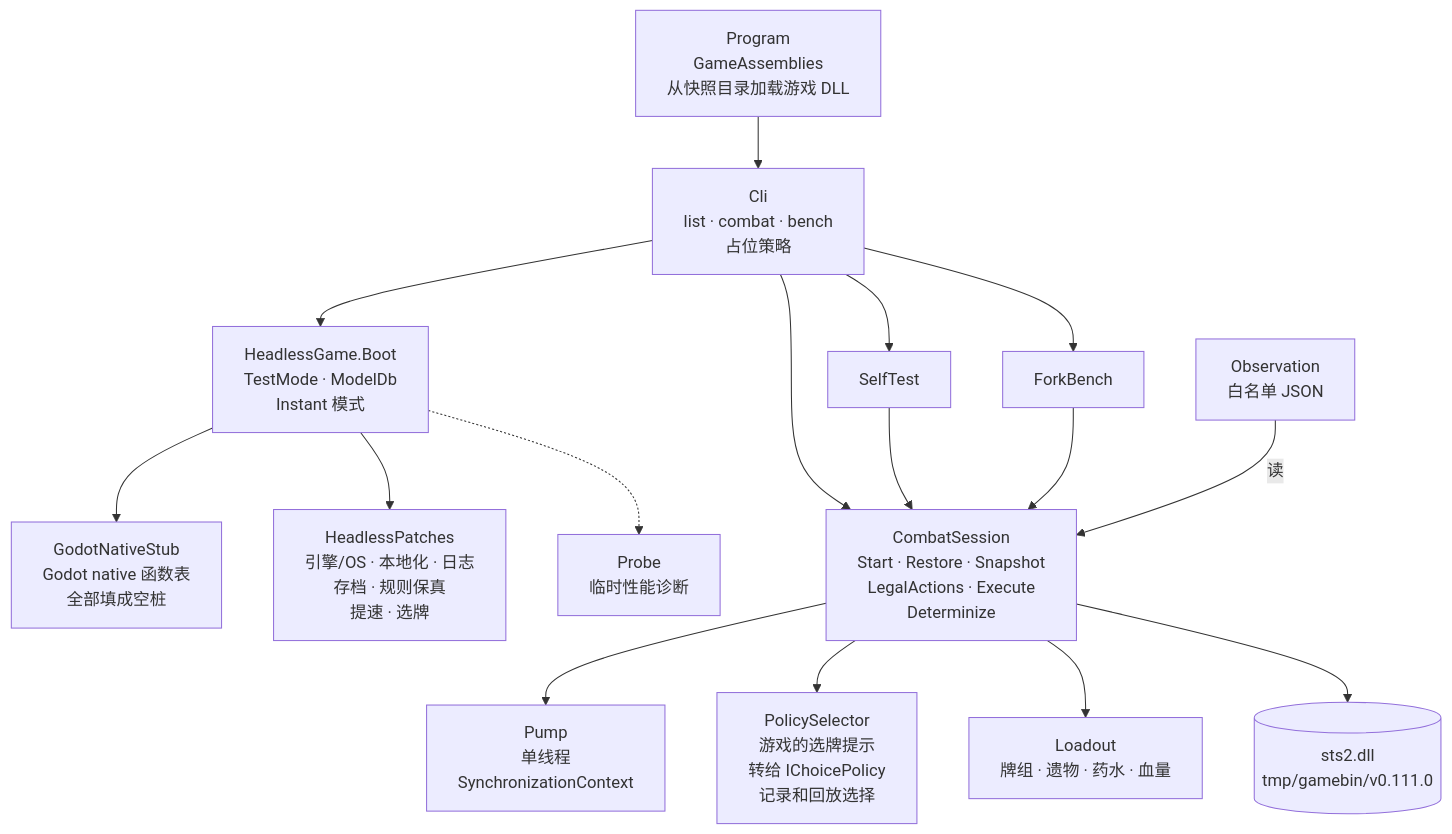
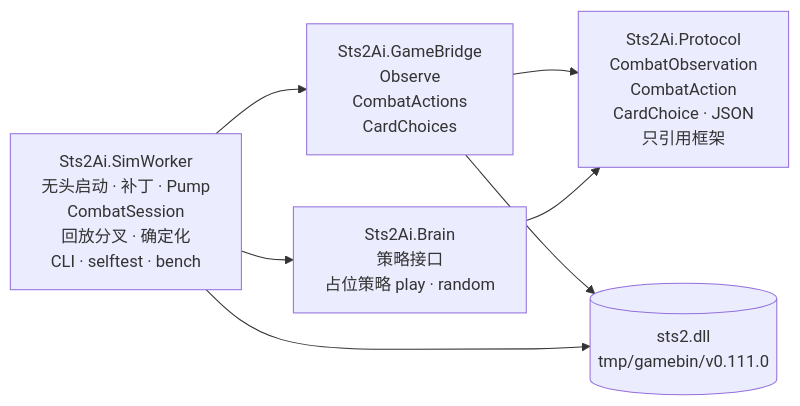
The sixth of 7 diagrams in docs/architecture.md (shinnku-nikaidou/spire-zero), drawn with Mermaid before and after one commit. The commit also changed other lines of this file and 28 other files, not shown here.

````diff
--- a/docs/architecture.md
+++ b/docs/architecture.md
@@ -193,20 +195,15 @@
 ```mermaid
-flowchart TB
-    Program["Program<br/>GameAssemblies<br/>从快照目录加载游戏 DLL"] --> Cli
-    Cli["Cli<br/>list · combat · bench<br/>占位策略"]
-    Cli --> HG["HeadlessGame.Boot<br/>TestMode · ModelDb<br/>Instant 模式"]
-    Cli --> SelfTest["SelfTest"]
-    Cli --> ForkBench["ForkBench"]
-    HG --> Stub["GodotNativeStub<br/>Godot native 函数表<br/>全部填成空桩"]
-    HG --> Patches["HeadlessPatches<br/>引擎/OS · 本地化 · 日志<br/>存档 · 规则保真<br/>提速 · 选牌"]
-    HG -.-> Probe["Probe<br/>临时性能诊断"]
-    Cli --> CS
-    SelfTest --> CS
-    ForkBench --> CS
-    CS["CombatSession<br/>Start · Restore · Snapshot<br/>LegalActions · Execute<br/>Determinize"]
-    CS --> Pump["Pump<br/>单线程<br/>SynchronizationContext"]
-    CS --> PS["PolicySelector<br/>游戏的选牌提示<br/>转给 IChoicePolicy<br/>记录和回放选择"]
-    CS --> LO["Loadout<br/>牌组 · 遗物 · 药水 · 血量"]
-    Obs["Observation<br/>白名单 JSON"] -->|"读"| CS
-    CS --> DLL[("sts2.dll<br/>tmp/gamebin/v0.111.0")]
+flowchart LR
+    Protocol["Sts2Ai.Protocol<br/>CombatObservation<br/>CombatAction<br/>CardChoice · JSON<br/>只引用框架"]
+    Bridge["Sts2Ai.GameBridge<br/>Observe<br/>CombatActions<br/>CardChoices"]
+    Brain["Sts2Ai.Brain<br/>策略接口<br/>占位策略 play · random"]
+    Sim["Sts2Ai.SimWorker<br/>无头启动 · 补丁 · Pump<br/>CombatSession<br/>回放分叉 · 确定化<br/>CLI · selftest · bench"]
+    DLL[("sts2.dll<br/>tmp/gamebin/v0.111.0")]
+
+    Bridge --> Protocol
+    Bridge --> DLL
+    Brain --> Protocol
+    Sim --> Bridge
+    Sim --> Brain
+    Sim --> DLL
 ```
````
